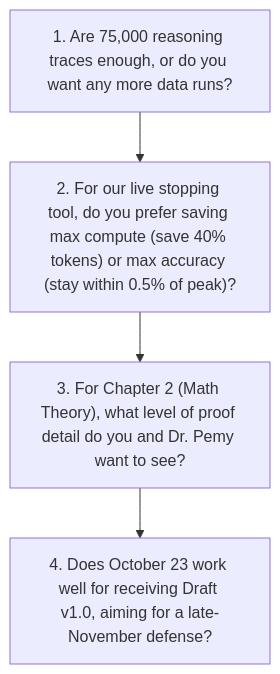
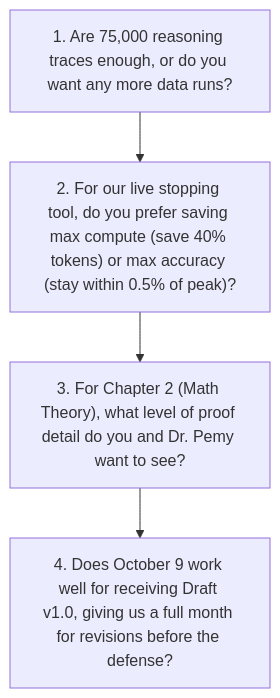
The fourth of 4 diagrams in ADVISOR_MEETING_SEMESTER_2_ROADMAP.md (bhattadiCS/research-thesis-overthinking-boundary), drawn with Mermaid before and after one commit. The commit also changed other lines of this file and 1 other file, not shown here.

Commit message:
feat(docs): pull writing schedule forward to October 9 and expand advisor revision window to 4 weeks

````diff
--- a/ADVISOR_MEETING_SEMESTER_2_ROADMAP.md
+++ b/ADVISOR_MEETING_SEMESTER_2_ROADMAP.md
@@ -203,8 +205,8 @@
 ```mermaid
 flowchart TD
     Q1["1. Are 75,000 reasoning traces enough, or do you want any more data runs?"]
     Q2["2. For our live stopping tool, do you prefer saving max compute (save 40% tokens) or max accuracy (stay within 0.5% of peak)?"]
     Q3["3. For Chapter 2 (Math Theory), what level of proof detail do you and Dr. Pemy want to see?"]
-    Q4["4. Does October 23 work well for receiving Draft v1.0, aiming for a late-November defense?"]
+    Q4["4. Does October 9 work well for receiving Draft v1.0, giving us a full month for revisions before the defense?"]
     Q1 --> Q2 --> Q3 --> Q4
 ```
````
